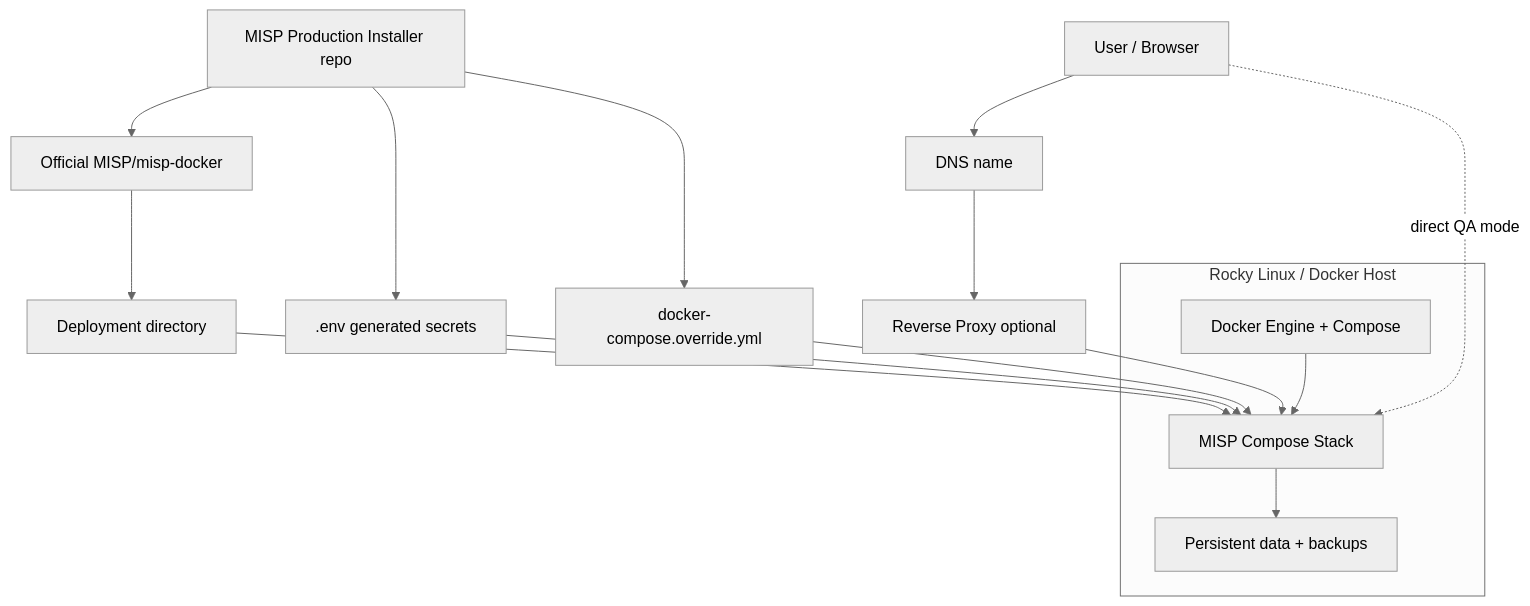
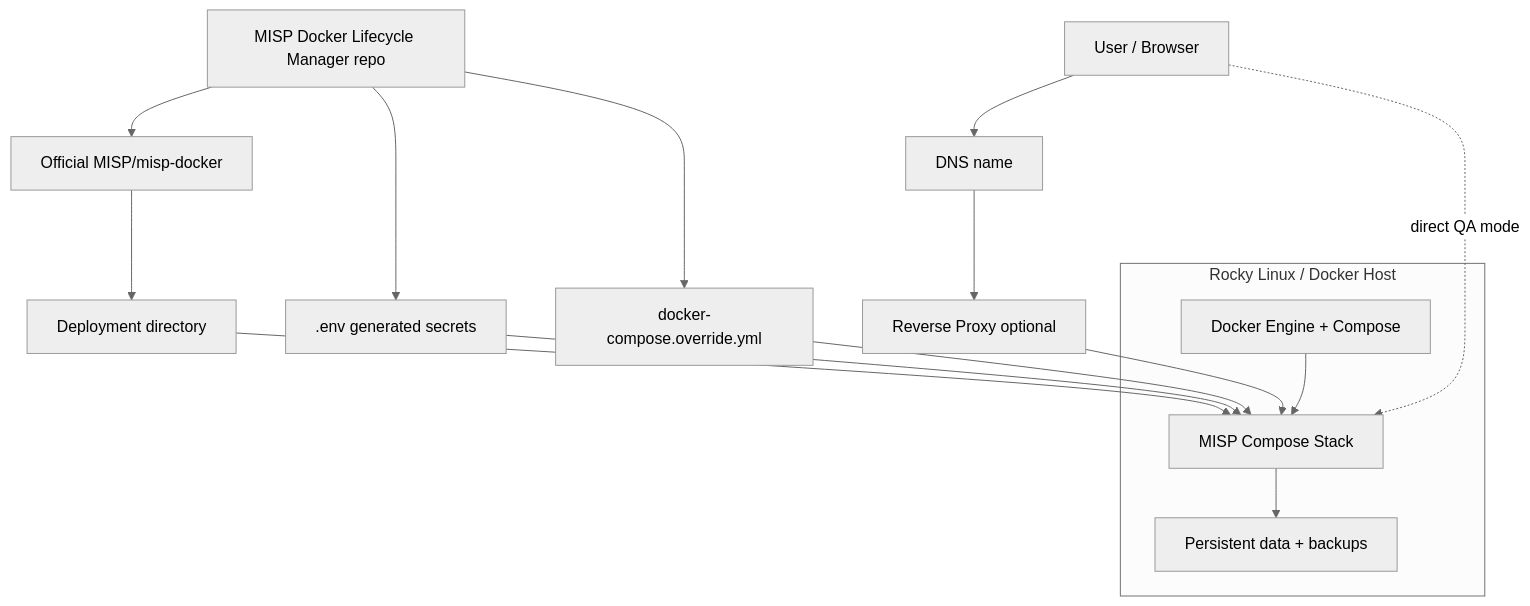
The diagram in README.md (Tuxmint-Open-Source/misp-docker-lifecycle-manager), drawn with Mermaid (neutral theme) before and after one commit. The commit also changed other lines of this file and 31 other files, not shown here.

Commit message:
Rebrand as MISP Docker Lifecycle Manager

````diff
--- a/README.md
+++ b/README.md
@@ -319,24 +326,24 @@
 ```mermaid
 flowchart TB
     user[User / Browser]
     dns[DNS name]
     proxy[Reverse Proxy optional]
-    installer[MISP Production Installer repo]
+    installer[MISP Docker Lifecycle Manager repo]
     upstream[Official MISP/misp-docker]
     dir[Deployment directory]
     env[.env generated secrets]
     override[docker-compose.override.yml]
     subgraph host[Rocky Linux / Docker Host]
       docker[Docker Engine + Compose]
       stack[MISP Compose Stack]
       data[Persistent data + backups]
     end
     installer --> upstream --> dir
     installer --> env --> stack
     installer --> override --> stack
     dir --> stack
     docker --> stack
     user --> dns --> proxy --> stack
     user -. direct QA mode .-> stack
     stack --> data
 ```
````
